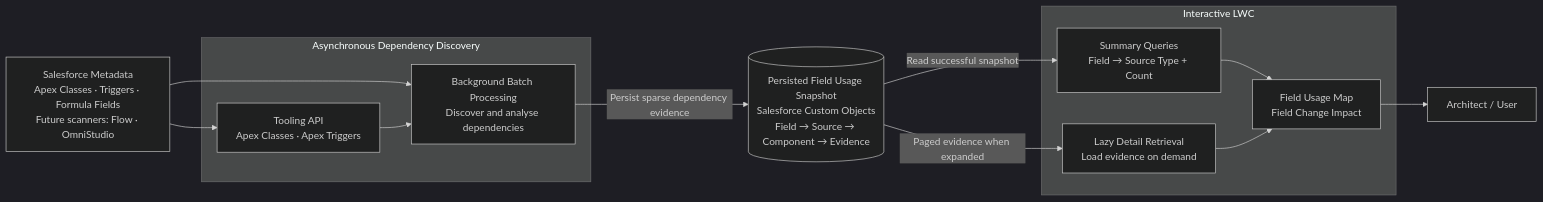
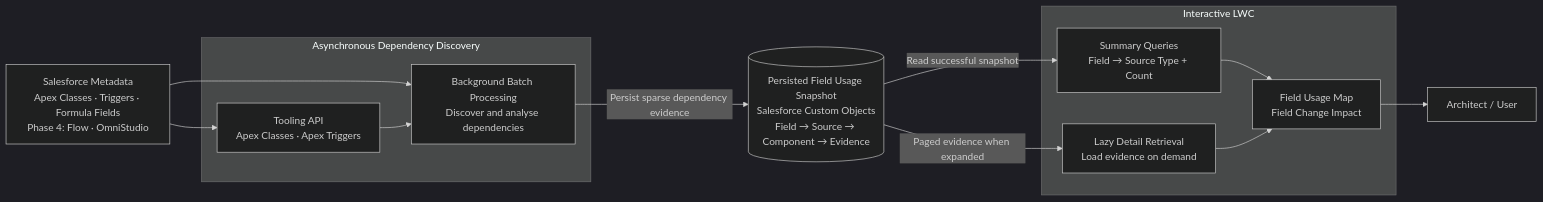
Before and after one commit to vikascohen/Salesforce-ER-Modeller-Studio: the first of 3 diagrams in README.md, drawn with Mermaid (dark theme). The commit also changed other lines of this file, not shown here.

Commit message:
Phase 3 docs: defer Flow and OmniStudio scanners to Phase 4

````diff
--- a/README.md
+++ b/README.md
@@ -30,29 +30,29 @@
 ```mermaid
 flowchart LR
-    META["Salesforce Metadata<br/>Apex Classes · Triggers · Formula Fields<br/>Future scanners: Flow · OmniStudio"]
+    META["Salesforce Metadata<br/>Apex Classes · Triggers · Formula Fields<br/>Phase 4: Flow · OmniStudio"]
 
     subgraph BG["Asynchronous Dependency Discovery"]
         BATCH["Background Batch Processing<br/>Discover and analyse dependencies"]
         TOOLING["Tooling API<br/>Apex Classes · Apex Triggers"]
     end
 
     STORE[("Persisted Field Usage Snapshot<br/>Salesforce Custom Objects<br/>Field → Source → Component → Evidence")]
 
     subgraph UI["Interactive LWC"]
         SUMMARY["Summary Queries<br/>Field → Source Type + Count"]
         DETAIL["Lazy Detail Retrieval<br/>Load evidence on demand"]
         MAPS["Field Usage Map<br/>Field Change Impact"]
     end
 
     USER["Architect / User"]
 
     META --> BATCH
     META --> TOOLING
     TOOLING --> BATCH
     BATCH -->|"Persist sparse dependency evidence"| STORE
     STORE -->|"Read successful snapshot"| SUMMARY
     STORE -->|"Paged evidence when expanded"| DETAIL
     SUMMARY --> MAPS
     DETAIL --> MAPS
     MAPS --> USER
 ```
````
